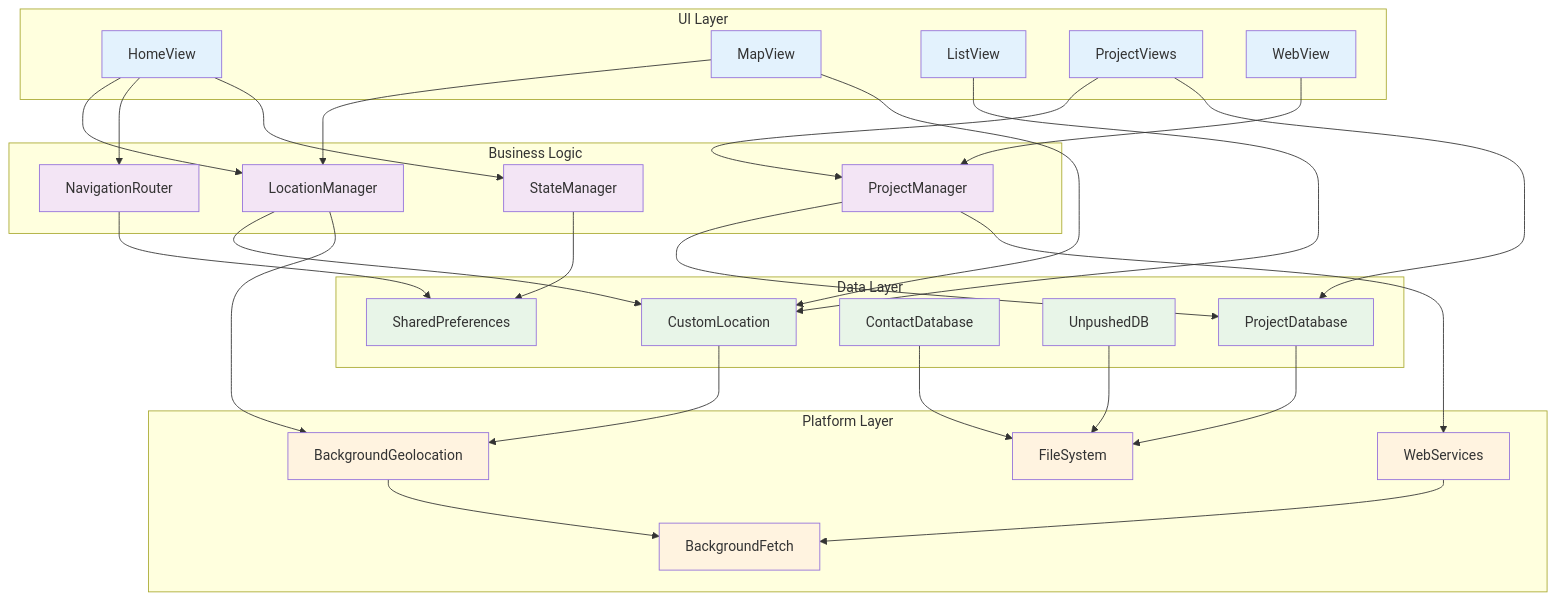
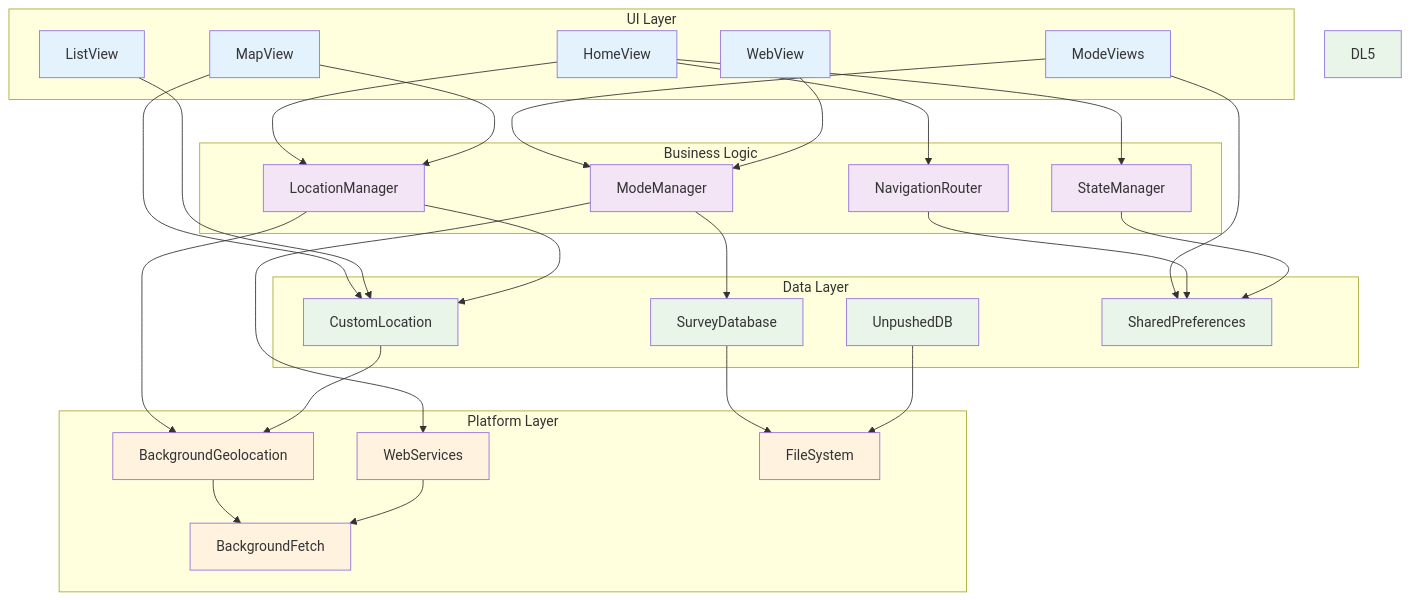
The tenth of 10 diagrams in docs/FLOW_CHARTS.md (ActivitySpaceLab/gauteng-wellbeing-mapper-app), drawn with Mermaid before and after one commit. The commit also changed other lines of this file and 5 other files, not shown here.

````diff
--- a/docs/FLOW_CHARTS.md
+++ b/docs/FLOW_CHARTS.md
@@ -432,76 +414,74 @@
 ```mermaid
 graph TB
     subgraph "UI Layer"
         UI1[HomeView]
         UI2[MapView]
         UI3[ListView]
-        UI4[ProjectViews]
+        UI4[ModeViews]
         UI5[WebView]
     end
     
     subgraph "Business Logic"
         BL1[LocationManager]
-        BL2[ProjectManager]
+        BL2[ModeManager]
         BL3[NavigationRouter]
         BL4[StateManager]
     end
     
     subgraph "Data Layer"
         DL1[CustomLocation]
-        DL2[ProjectDatabase]
-        DL3[ContactDatabase]
-        DL4[UnpushedDB]
-        DL5[SharedPreferences]
+        DL2[SurveyDatabase]
+        DL3[UnpushedDB]
+        DL4[SharedPreferences]
     end
     
     subgraph "Platform Layer"
         PL1[BackgroundGeolocation]
         PL2[BackgroundFetch]
         PL3[WebServices]
         PL4[FileSystem]
     end
     
     UI1 --> BL1
     UI1 --> BL3
     UI1 --> BL4
     UI2 --> BL1
     UI2 --> DL1
     UI3 --> DL1
     UI4 --> BL2
-    UI4 --> DL2
+    UI4 --> DL4
     UI5 --> BL2
     
     BL1 --> DL1
     BL1 --> PL1
     BL2 --> DL2
     BL2 --> PL3
-    BL3 --> DL5
-    BL4 --> DL5
+    BL3 --> DL4
+    BL4 --> DL4
     
     DL1 --> PL1
     DL2 --> PL4
     DL3 --> PL4
-    DL4 --> PL4
     
     PL1 --> PL2
     PL3 --> PL2
     
     style UI1 fill:#e3f2fd
     style UI2 fill:#e3f2fd
     style UI3 fill:#e3f2fd
     style UI4 fill:#e3f2fd
     style UI5 fill:#e3f2fd
     style BL1 fill:#f3e5f5
     style BL2 fill:#f3e5f5
     style BL3 fill:#f3e5f5
     style BL4 fill:#f3e5f5
     style DL1 fill:#e8f5e8
     style DL2 fill:#e8f5e8
     style DL3 fill:#e8f5e8
     style DL4 fill:#e8f5e8
     style DL5 fill:#e8f5e8
     style PL1 fill:#fff3e0
     style PL2 fill:#fff3e0
     style PL3 fill:#fff3e0
     style PL4 fill:#fff3e0
 ```
````
